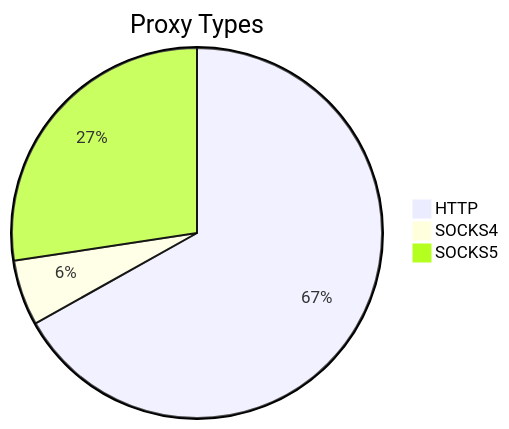
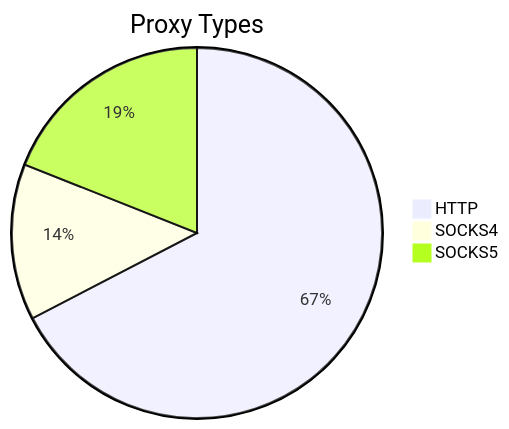
The first of 2 diagrams in README.md (stormsia/proxy-list), drawn with Mermaid before and after one commit. The commit also changed other lines of this file, not shown here.

````diff
--- a/README.md
+++ b/README.md
@@ -21,6 +21,6 @@
 ```mermaid
 pie title Proxy Types
-    "HTTP" : 210
-    "SOCKS4" : 18
-    "SOCKS5" : 86
+    "HTTP" : 504
+    "SOCKS4" : 102
+    "SOCKS5" : 142
 ```
````
